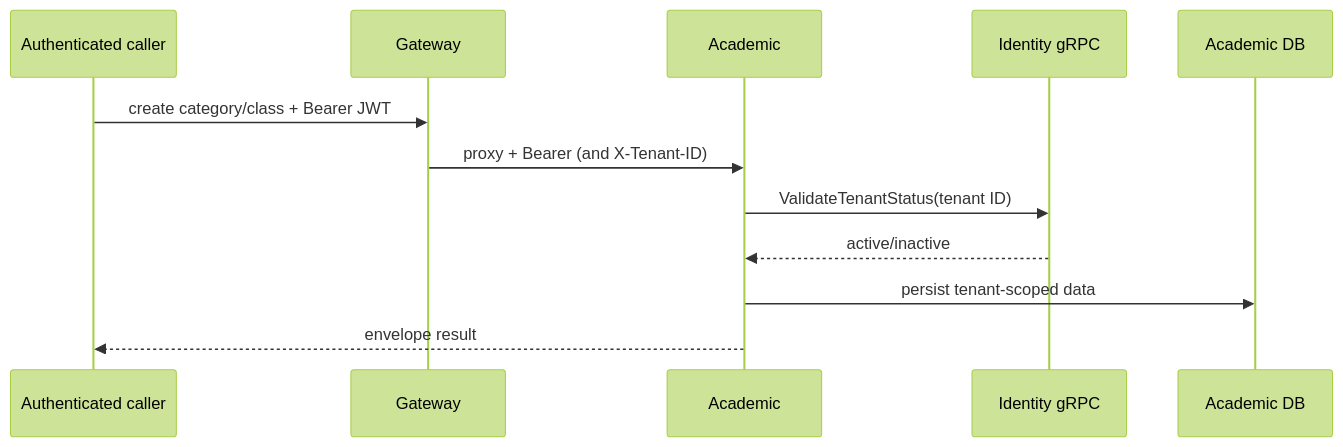
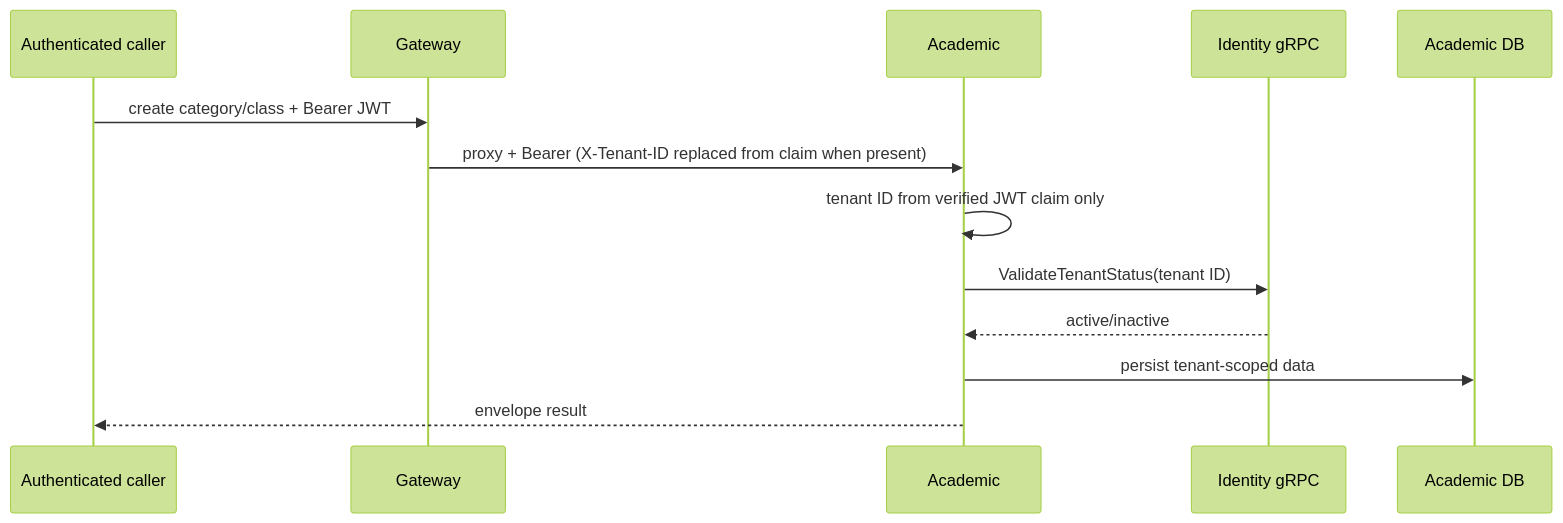
One commit to kelolakelas/kelolakelas-docs changed the first of 3 diagrams in docs/flows/academic.md. Above: the diagram before and after it, drawn with Mermaid (forest theme). The commit also changed other lines of this file and 11 other files, not shown here.

First line of the commit message:
docs(KEL-19): document claim-only tenant context (#19)

````diff
--- a/docs/flows/academic.md
+++ b/docs/flows/academic.md
@@ -3,14 +3,15 @@
 ```mermaid
 sequenceDiagram
   participant C as Authenticated caller
   participant G as Gateway
   participant A as Academic
   participant I as Identity gRPC
   participant DB as Academic DB
   C->>G: create category/class + Bearer JWT
-  G->>A: proxy + Bearer (and X-Tenant-ID)
+  G->>A: proxy + Bearer (X-Tenant-ID replaced from claim when present)
+  A->>A: tenant ID from verified JWT claim only
   A->>I: ValidateTenantStatus(tenant ID)
   I-->>A: active/inactive
   A->>DB: persist tenant-scoped data
   A-->>C: envelope result
 ```
````
